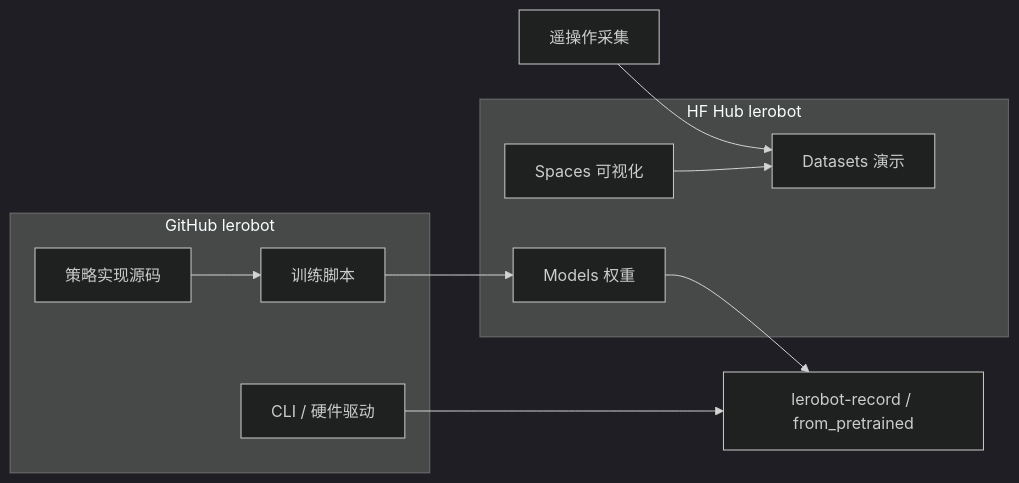
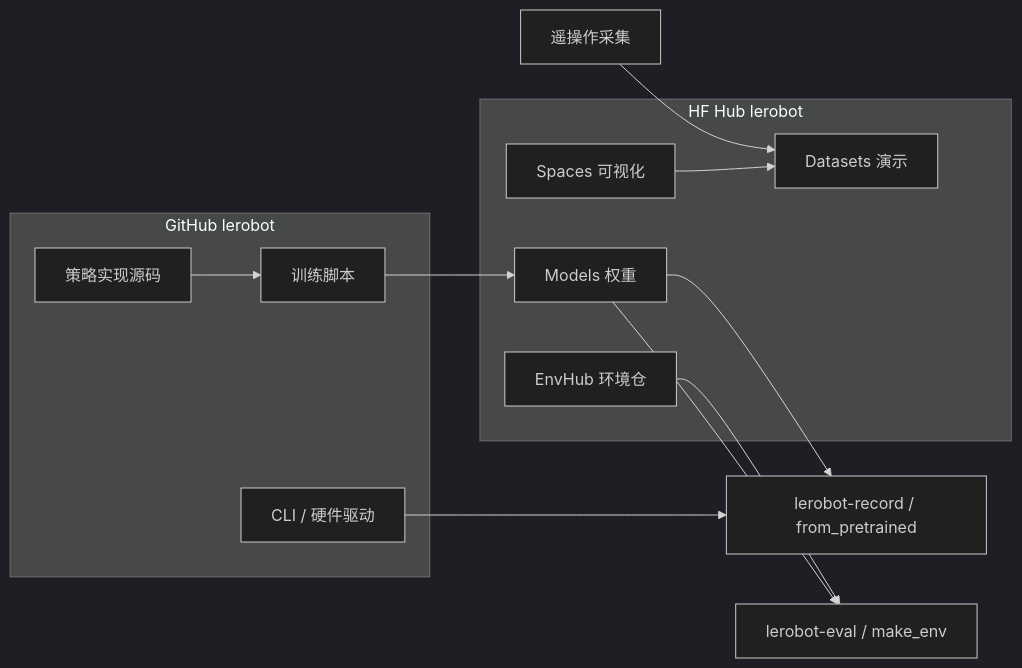
Before and after one commit to ImChong/Robotics_Notebooks: the diagram in wiki/entities/lerobot.md, drawn with Mermaid (dark theme). The commit also changed other lines of this file and 14 other files, not shown here.

Commit message:
[2026-09-06] ingest | sources/sites/lerobot-envhub-docs.md — 接入 LeRobot EnvHub 文档与 make_env 契约

````diff
--- a/wiki/entities/lerobot.md
+++ b/wiki/entities/lerobot.md
@@ -66,19 +73,22 @@
 ```mermaid
 flowchart LR
   subgraph github["GitHub lerobot"]
     cli["CLI / 硬件驱动"]
     train["训练脚本"]
     policy_src["策略实现源码"]
   end
   subgraph hub["HF Hub lerobot"]
     models["Models 权重"]
     datasets["Datasets 演示"]
+    envhub["EnvHub 环境仓"]
     spaces["Spaces 可视化"]
   end
   teleop["遥操作采集"] --> datasets
   train --> models
   models --> deploy["lerobot-record / from_pretrained"]
+  envhub --> eval["lerobot-eval / make_env"]
+  models --> eval
   cli --> deploy
   spaces --> datasets
   policy_src --> train
 ```
````
